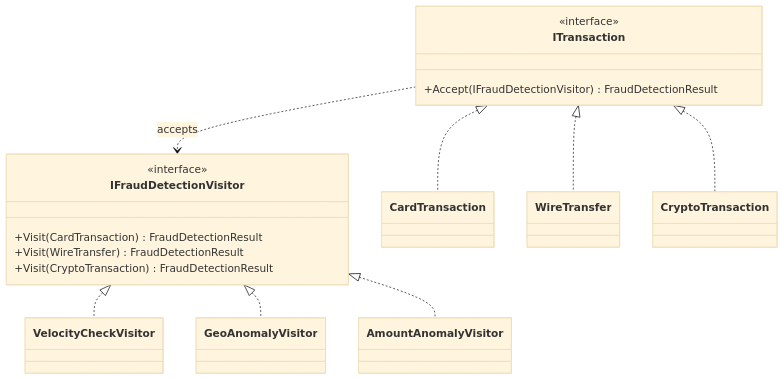
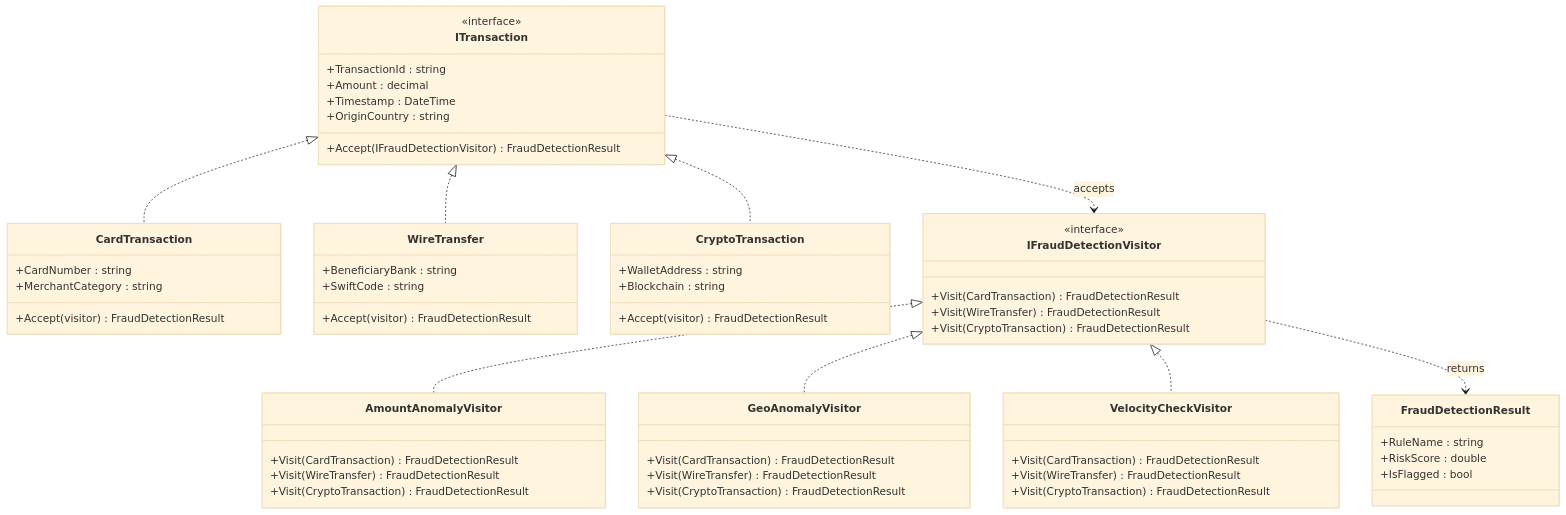
The first of 2 diagrams in src/DesignPatterns.Behavioral/Visitor/README.md (senapatisantosh/DotnetAdvanceDesignPattern), drawn with Mermaid (base theme) before and after one commit. The commit also changed other lines of this file, not shown here.

First line of the commit message:
fix: update Visitor pattern README

````diff
--- a/src/DesignPatterns.Behavioral/Visitor/README.md
+++ b/src/DesignPatterns.Behavioral/Visitor/README.md
@@ -75,27 +76,69 @@
 ```mermaid
 classDiagram
+    class ITransaction {
+        <<interface>>
+        +TransactionId : string
+        +Amount : decimal
+        +Timestamp : DateTime
+        +OriginCountry : string
+        +Accept(IFraudDetectionVisitor) FraudDetectionResult
+    }
+
+    class CardTransaction {
+        +CardNumber : string
+        +MerchantCategory : string
+        +Accept(visitor) FraudDetectionResult
+    }
+
+    class WireTransfer {
+        +BeneficiaryBank : string
+        +SwiftCode : string
+        +Accept(visitor) FraudDetectionResult
+    }
+
+    class CryptoTransaction {
+        +WalletAddress : string
+        +Blockchain : string
+        +Accept(visitor) FraudDetectionResult
+    }
+
     class IFraudDetectionVisitor {
         <<interface>>
         +Visit(CardTransaction) FraudDetectionResult
         +Visit(WireTransfer) FraudDetectionResult
         +Visit(CryptoTransaction) FraudDetectionResult
     }
-    class ITransaction {
-        <<interface>>
-        +Accept(IFraudDetectionVisitor) FraudDetectionResult
+
+    class AmountAnomalyVisitor {
+        +Visit(CardTransaction) FraudDetectionResult
+        +Visit(WireTransfer) FraudDetectionResult
+        +Visit(CryptoTransaction) FraudDetectionResult
     }
-    class CardTransaction
-    class WireTransfer
-    class CryptoTransaction
-    class VelocityCheckVisitor
-    class GeoAnomalyVisitor
-    class AmountAnomalyVisitor
+
+    class GeoAnomalyVisitor {
+        +Visit(CardTransaction) FraudDetectionResult
+        +Visit(WireTransfer) FraudDetectionResult
+        +Visit(CryptoTransaction) FraudDetectionResult
+    }
+
+    class VelocityCheckVisitor {
+        +Visit(CardTransaction) FraudDetectionResult
+        +Visit(WireTransfer) FraudDetectionResult
+        +Visit(CryptoTransaction) FraudDetectionResult
+    }
+
+    class FraudDetectionResult {
+        +RuleName : string
+        +RiskScore : double
+        +IsFlagged : bool
+    }
 
     ITransaction <|.. CardTransaction
     ITransaction <|.. WireTransfer
     ITransaction <|.. CryptoTransaction
+    IFraudDetectionVisitor <|.. AmountAnomalyVisitor
+    IFraudDetectionVisitor <|.. GeoAnomalyVisitor
     IFraudDetectionVisitor <|.. VelocityCheckVisitor
-    IFraudDetectionVisitor <|.. GeoAnomalyVisitor
-    IFraudDetectionVisitor <|.. AmountAnomalyVisitor
     ITransaction ..> IFraudDetectionVisitor : accepts
+    IFraudDetectionVisitor ..> FraudDetectionResult : returns
 ```
````
